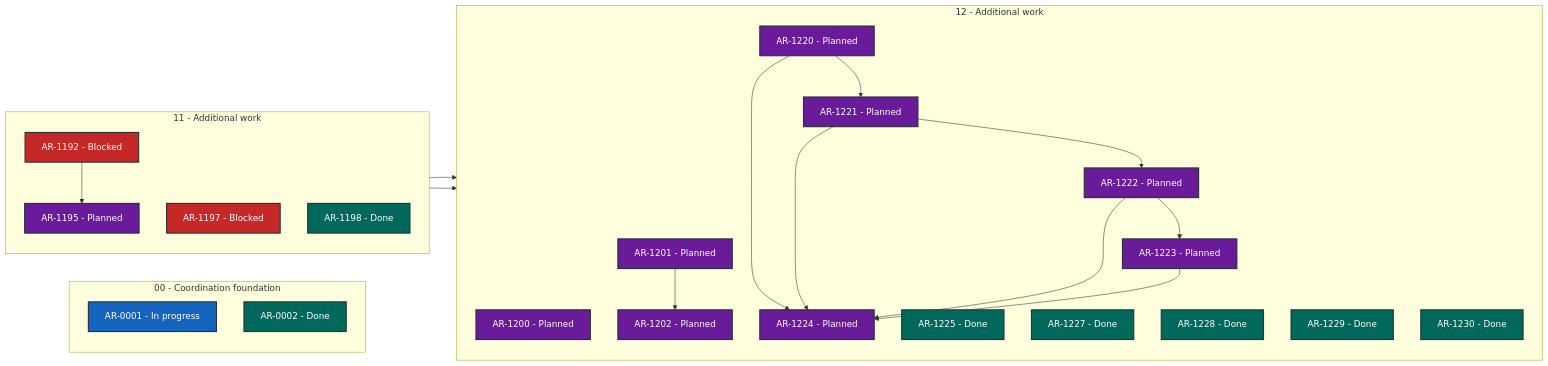
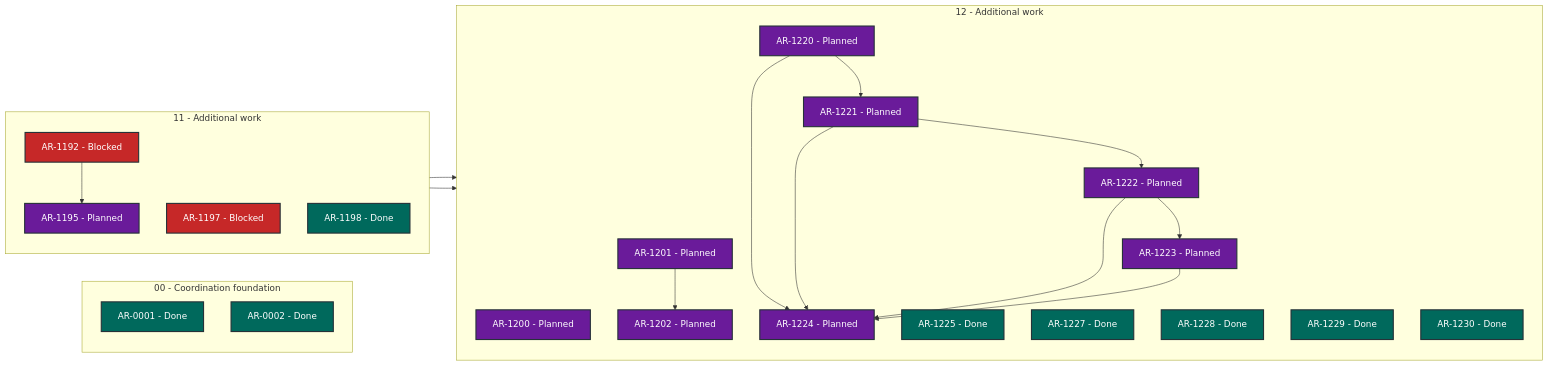
Before and after one commit to martin-beck/asb-tui-state: the diagram in STATUS.md, drawn with Mermaid. The commit also changed other lines of this file and 2 other files, not shown here.

````diff
--- a/STATUS.md
+++ b/STATUS.md
@@ -27,50 +27,50 @@
 ```mermaid
 flowchart LR
     subgraph series_00["00 - Coordination foundation"]
         direction TB
-        AR_0001["AR-0001 - In progress"]:::status_in_progress
+        AR_0001["AR-0001 - Done"]:::status_done
         AR_0002["AR-0002 - Done"]:::status_done
     end
     subgraph series_11["11 - Additional work"]
         direction TB
         AR_1192["AR-1192 - Blocked"]:::status_blocked
         AR_1195["AR-1195 - Planned"]:::status_planned
         AR_1197["AR-1197 - Blocked"]:::status_blocked
         AR_1198["AR-1198 - Done"]:::status_done
     end
     subgraph series_12["12 - Additional work"]
         direction TB
         AR_1200["AR-1200 - Planned"]:::status_planned
         AR_1201["AR-1201 - Planned"]:::status_planned
         AR_1202["AR-1202 - Planned"]:::status_planned
         AR_1220["AR-1220 - Planned"]:::status_planned
         AR_1221["AR-1221 - Planned"]:::status_planned
         AR_1222["AR-1222 - Planned"]:::status_planned
         AR_1223["AR-1223 - Planned"]:::status_planned
         AR_1224["AR-1224 - Planned"]:::status_planned
         AR_1225["AR-1225 - Done"]:::status_done
         AR_1227["AR-1227 - Done"]:::status_done
         AR_1228["AR-1228 - Done"]:::status_done
         AR_1229["AR-1229 - Done"]:::status_done
         AR_1230["AR-1230 - Done"]:::status_done
     end
     AR_1192 --> AR_1195
     AR_1195 --> AR_1200
     AR_1197 --> AR_1201
     AR_1201 --> AR_1202
     AR_1220 --> AR_1221
     AR_1220 --> AR_1224
     AR_1221 --> AR_1222
     AR_1221 --> AR_1224
     AR_1222 --> AR_1223
     AR_1222 --> AR_1224
     AR_1223 --> AR_1224
     classDef status_in_progress fill:#1565c0,color:#ffffff,stroke:#263238,stroke-width:2px
     classDef status_open fill:#2e7d32,color:#ffffff,stroke:#263238,stroke-width:2px
     classDef status_blocked fill:#c62828,color:#ffffff,stroke:#263238,stroke-width:2px
     classDef status_planned fill:#6a1b9a,color:#ffffff,stroke:#263238,stroke-width:2px
     classDef status_future fill:#455a64,color:#ffffff,stroke:#263238,stroke-width:2px
     classDef status_done fill:#00695c,color:#ffffff,stroke:#263238,stroke-width:2px
     classDef status_cancelled fill:#616161,color:#ffffff,stroke:#263238,stroke-width:2px
     classDef status_superseded fill:#5d4037,color:#ffffff,stroke:#263238,stroke-width:2px
 ```
````
